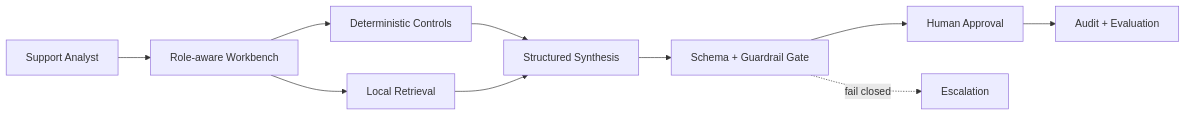
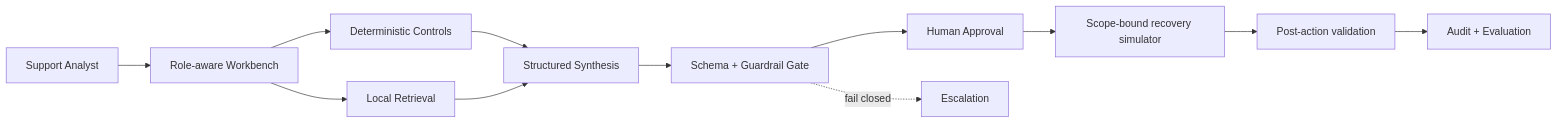
Before and after one commit to TheKhozaChain/Murex_FDE: the diagram in README.md, drawn with Mermaid. The commit also changed other lines of this file and 29 other files, not shown here.

````diff
--- a/README.md
+++ b/README.md
@@ -31,12 +49,14 @@
 ```mermaid
 flowchart LR
   U[Support Analyst] --> W[Role-aware Workbench]
   W --> D[Deterministic Controls]
   W --> R[Local Retrieval]
   D --> S[Structured Synthesis]
   R --> S
   S --> G[Schema + Guardrail Gate]
   G --> H[Human Approval]
-  H --> A[Audit + Evaluation]
+  H --> X[Scope-bound recovery simulator]
+  X --> V[Post-action validation]
+  V --> A[Audit + Evaluation]
   G -. fail closed .-> E[Escalation]
 ```
````
